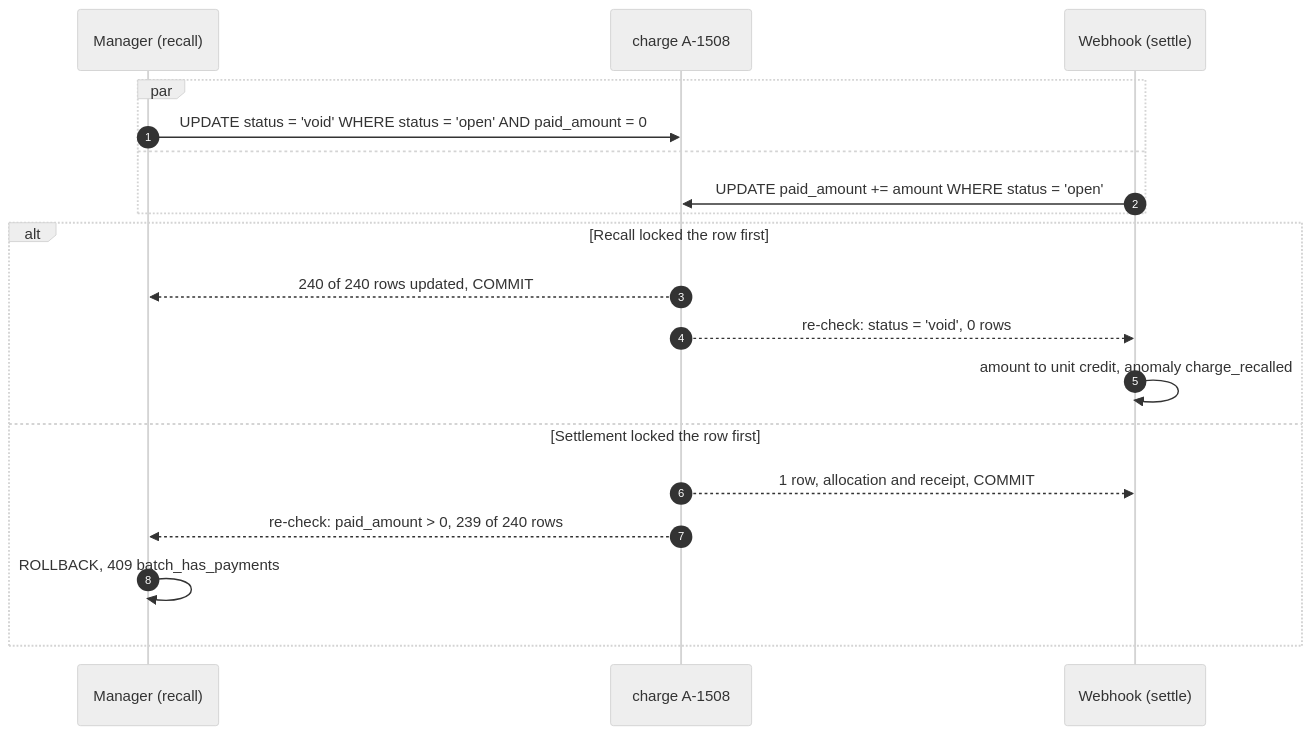
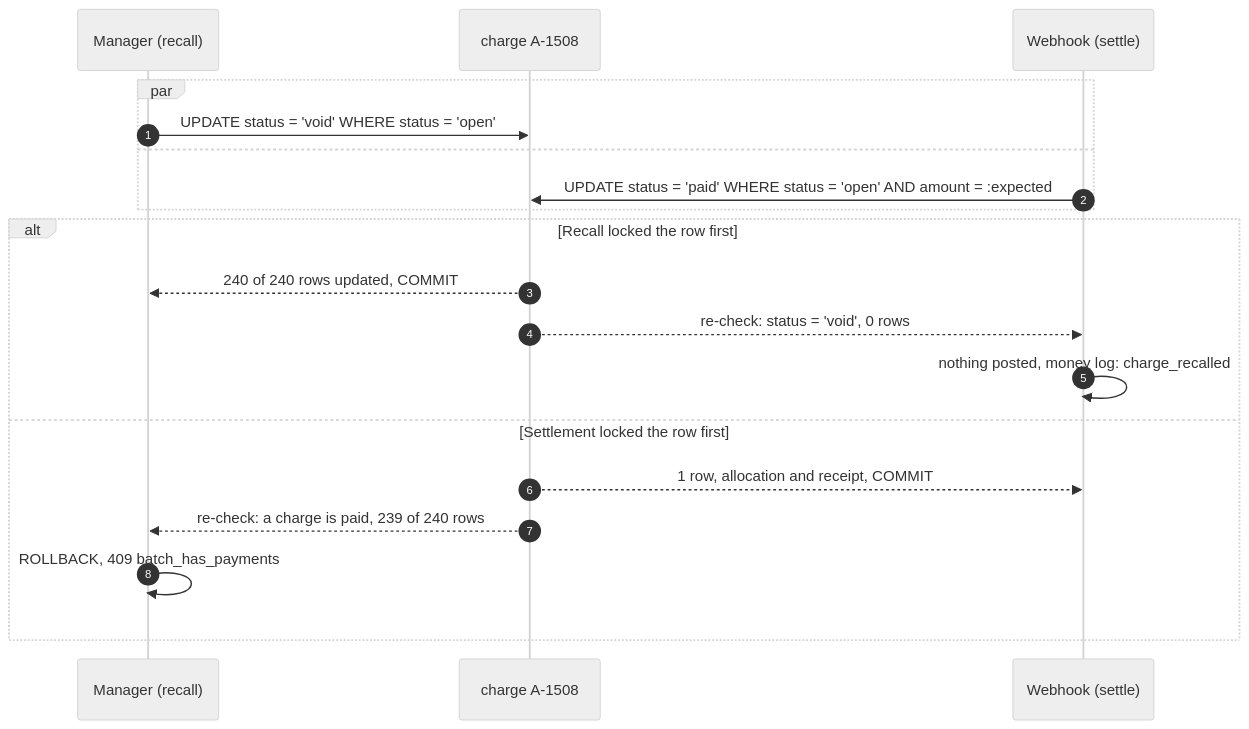
One commit to ninggiangboy/residential-management-system changed the fifth of 15 diagrams in residential-management-sdd.md. Above: the diagram before and after it, drawn with Mermaid (neutral theme). The commit also changed other lines of this file, not shown here.

````diff
--- a/residential-management-sdd.md
+++ b/residential-management-sdd.md
@@ -566,21 +617,21 @@
 ```mermaid
 sequenceDiagram
   autonumber
   participant Manager as Manager (recall)
   participant DB as charge A-1508
   participant WH as Webhook (settle)
   par
-    Manager->>DB: UPDATE status = 'void' WHERE status = 'open' AND paid_amount = 0
+    Manager->>DB: UPDATE status = 'void' WHERE status = 'open'
   and
-    WH->>DB: UPDATE paid_amount += amount WHERE status = 'open'
+    WH->>DB: UPDATE status = 'paid' WHERE status = 'open' AND amount = :expected
   end
   alt Recall locked the row first
     DB-->>Manager: 240 of 240 rows updated, COMMIT
     DB-->>WH: re-check: status = 'void', 0 rows
-    WH->>WH: amount to unit credit, anomaly charge_recalled
+    WH->>WH: nothing posted, money log: charge_recalled
   else Settlement locked the row first
     DB-->>WH: 1 row, allocation and receipt, COMMIT
-    DB-->>Manager: re-check: paid_amount > 0, 239 of 240 rows
+    DB-->>Manager: re-check: a charge is paid, 239 of 240 rows
     Manager->>Manager: ROLLBACK, 409 batch_has_payments
   end
 ```
````
